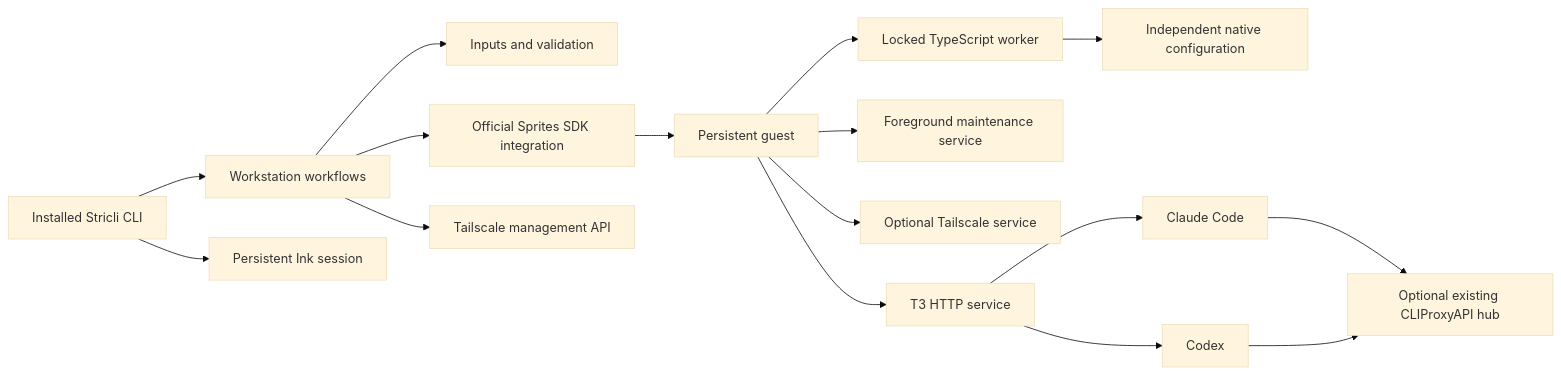
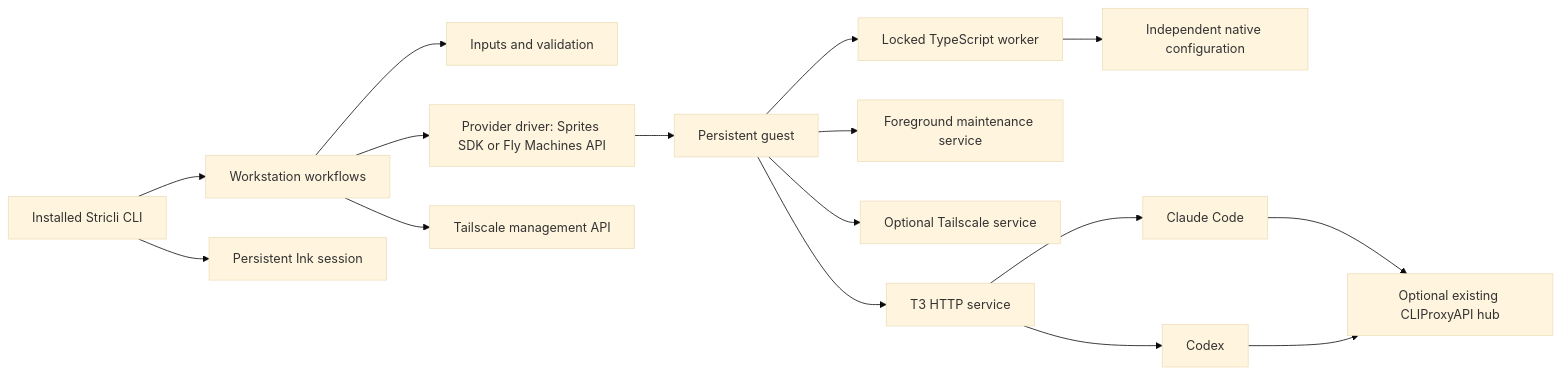
The diagram in docs/architecture/workstation.md (alvis/agent-sprite), drawn with Mermaid (base theme) before and after one commit. The commit also changed other lines of this file and 33 other files, not shown here.

````diff
--- a/docs/architecture/workstation.md
+++ b/docs/architecture/workstation.md
@@ -102,18 +103,18 @@
 ```mermaid
 flowchart LR
   CLI[Installed Stricli CLI] --> Workflows[Workstation workflows]
   CLI --> Ink[Persistent Ink session]
   Workflows --> Inputs[Inputs and validation]
-  Workflows --> Provider[Official Sprites SDK integration]
+  Workflows --> Provider[Provider driver: Sprites SDK or Fly Machines API]
   Workflows --> Tailnet[Tailscale management API]
   Provider --> Guest[Persistent guest]
   Guest --> Worker[Locked TypeScript worker]
   Worker --> Native[Independent native configuration]
   Guest --> Cron[Foreground maintenance service]
   Guest --> Tailscale[Optional Tailscale service]
   Guest --> T3[T3 HTTP service]
   T3 --> Claude[Claude Code]
   T3 --> Codex[Codex]
   Claude --> Hub[Optional existing CLIProxyAPI hub]
   Codex --> Hub
 ```
````
